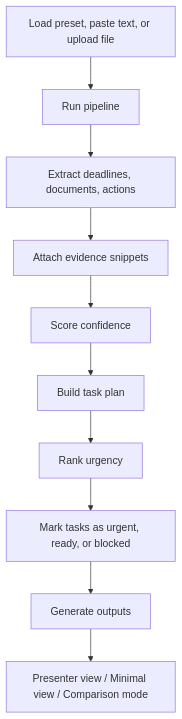
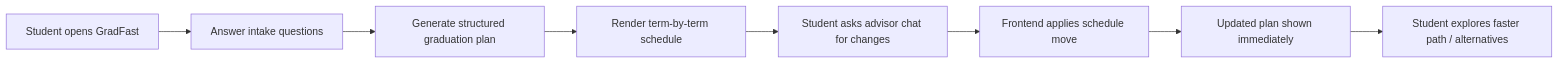
One commit to nesibmu/GradFast changed the first of 3 diagrams in README.md. Above: the diagram before and after it, drawn with Mermaid. The commit also changed other lines of this file, not shown here.

Commit message:
fix: correct README for GradFast

````diff
--- a/README.md
+++ b/README.md
@@ -103,12 +54,10 @@
 ```mermaid
-flowchart TD
-    A[Load preset, paste text, or upload file] --> B[Run pipeline]
-    B --> C[Extract deadlines, documents, actions]
-    C --> D[Attach evidence snippets]
-    D --> E[Score confidence]
-    E --> F[Build task plan]
-    F --> G[Rank urgency]
-    G --> H[Mark tasks as urgent, ready, or blocked]
-    H --> I[Generate outputs]
-    I --> J[Presenter view / Minimal view / Comparison mode]
+flowchart LR
+ A[Student opens GradFast] --> B[Answer intake questions]
+ B --> C[Generate structured graduation plan]
+ C --> D[Render term-by-term schedule]
+ D --> E[Student asks advisor chat for changes]
+ E --> F[Frontend applies schedule move]
+ F --> G[Updated plan shown immediately]
+ G --> H[Student explores faster path / alternatives]
 ```
````
